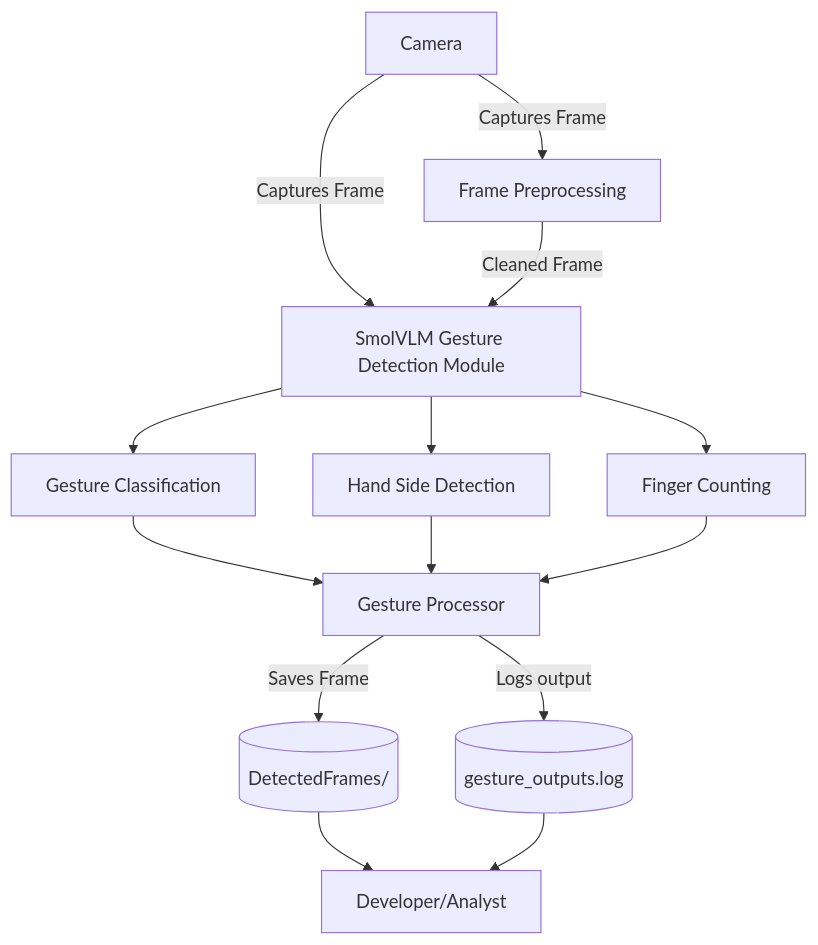
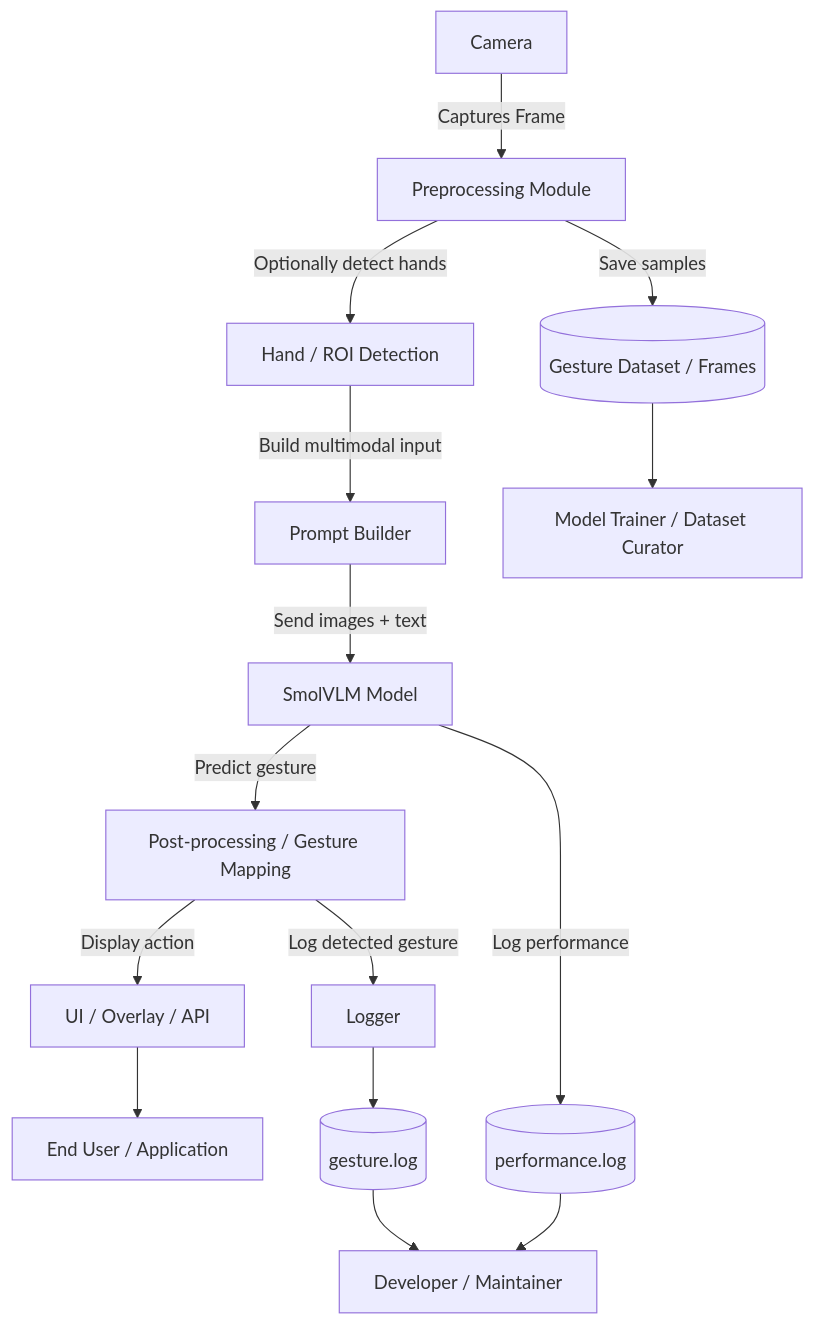
The diagram in smolvlm/dfd.md (Nithinnithu0610/Gesture_detection-using-opencv-and-smolVLM-method), drawn with Mermaid before and after one commit.

````diff
--- a/smolvlm/dfd.md
+++ b/smolvlm/dfd.md
@@ -3,22 +3,30 @@
 ```mermaid
 flowchart TD
-    Camera -->|Captures Frame| Preprocess[Frame Preprocessing]
-    Camera -->|Captures Frame| SmolVLM[SmolVLM Gesture Detection Module]
+    %% Capture
+    Camera -->|Captures Frame| Preprocess[Preprocessing Module]
 
-    Preprocess -->|Cleaned Frame| SmolVLM
+    %% Preprocessing & Prompt
+    Preprocess -->|Optionally detect hands| Keypoint[Hand / ROI Detection]
+    Keypoint -->|Build multimodal input| PromptBuilder[Prompt Builder]
 
-    SmolVLM --> GestureType[Gesture Classification]
-    SmolVLM --> HandSide[Hand Side Detection]
-    SmolVLM --> FingerCount[Finger Counting]
+    %% SmolVLM Inference
+    PromptBuilder -->|Send images + text| SmolVLM[SmolVLM Model]
+    SmolVLM -->|Predict gesture| Postprocess[Post-processing / Gesture Mapping]
 
-    GestureType --> GestureProcessor[Gesture Processor]
-    HandSide --> GestureProcessor
-    FingerCount --> GestureProcessor
+    %% Output & Logging
+    Postprocess -->|Display action| UI[UI / Overlay / API]
+    Postprocess -->|Log detected gesture| GestureLogger[Logger]
 
-    GestureProcessor -->|Logs output| GestureLogFile[(gesture_outputs.log)]
-    GestureProcessor -->|Saves Frame| Frames[(DetectedFrames/)]
+    %% Storage
+    GestureLogger --> GestureLogFile[(gesture.log)]
+    Preprocess -->|Save samples| GestureDB[(Gesture Dataset / Frames)]
+    SmolVLM -->|Log performance| PerfLog[(performance.log)]
 
-    Frames --> Developer[Developer/Analyst]
-    GestureLogFile --> Developer[Developer/Analyst]
+    %% Stakeholders
+    UI --> EndUser[End User / Application]
+    GestureLogFile --> Developer[Developer / Maintainer]
+    PerfLog --> Developer
+    GestureDB --> Trainer[Model Trainer / Dataset Curator]
+
 
 ```
````
